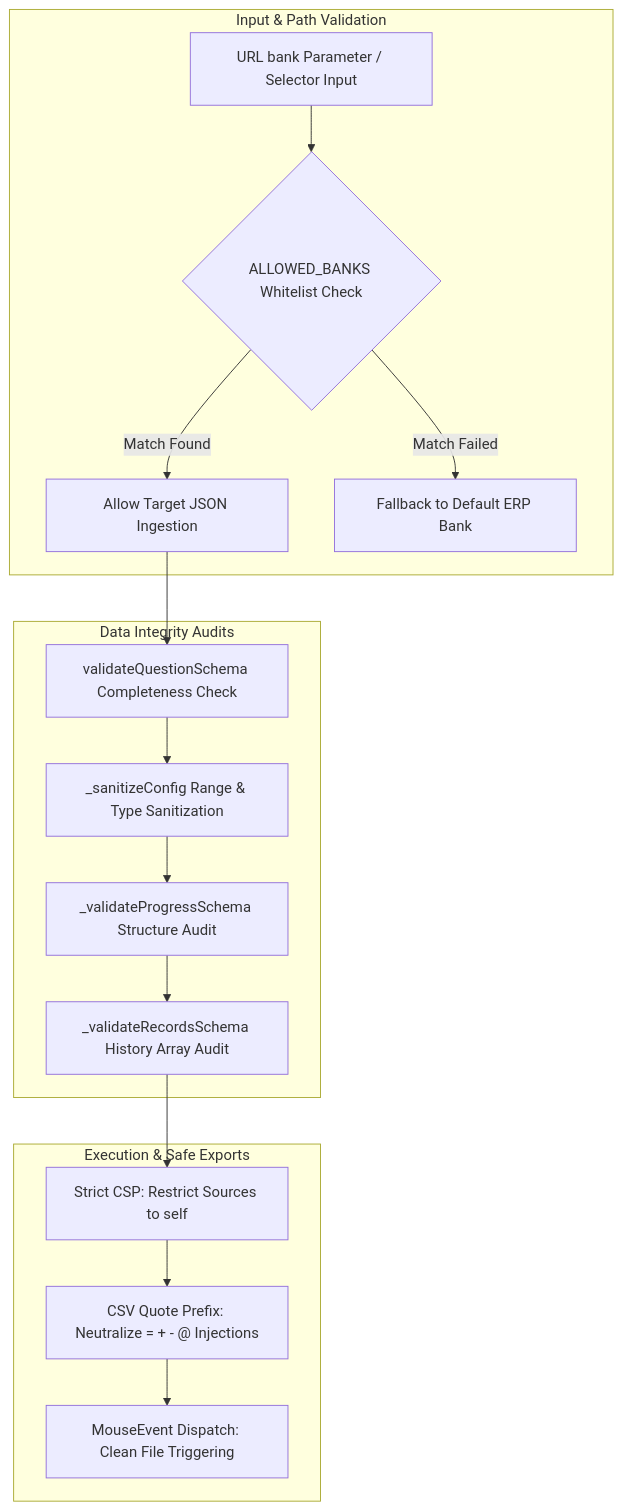
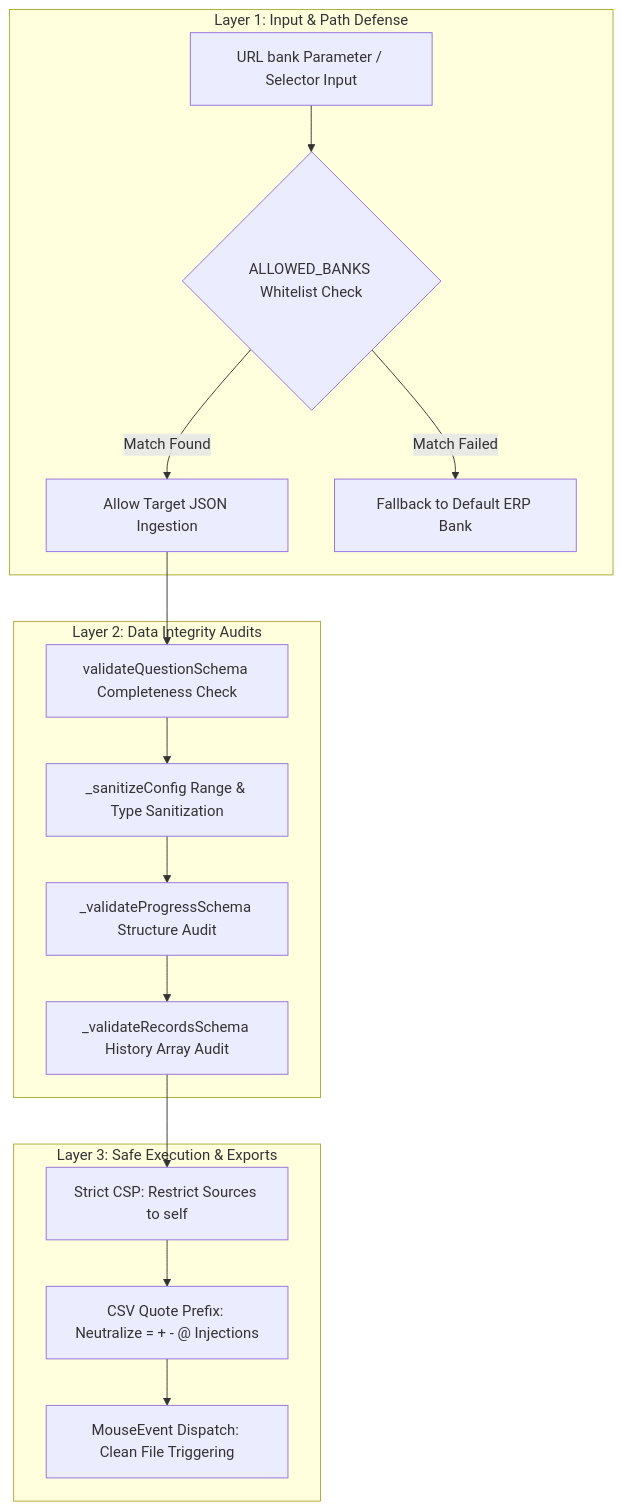
One commit to Scorpio-meow/Examination-System changed the diagram in docs/adr/ADR-001-local-security-validation.en.md. Above: the diagram before and after it, drawn with Mermaid. The commit also changed other lines of this file and 3 other files, not shown here.

````diff
--- a/docs/adr/ADR-001-local-security-validation.en.md
+++ b/docs/adr/ADR-001-local-security-validation.en.md
@@ -21,21 +21,21 @@
 ```mermaid
 flowchart TD
-    subgraph InputValidation [Input & Path Validation]
+    subgraph InputValidation [Layer 1: Input & Path Defense]
         A[URL bank Parameter / Selector Input] --> B{ALLOWED_BANKS Whitelist Check}
         B -- Match Found --> C[Allow Target JSON Ingestion]
         B -- Match Failed --> D[Fallback to Default ERP Bank]
     end
 
-    subgraph SchemaVerification [Data Integrity Audits]
+    subgraph SchemaVerification [Layer 2: Data Integrity Audits]
         C --> E[validateQuestionSchema Completeness Check]
         E --> F[_sanitizeConfig Range & Type Sanitization]
         F --> G[_validateProgressSchema Structure Audit]
         G --> H[_validateRecordsSchema History Array Audit]
     end
 
-    subgraph DefenseExecution [Execution & Safe Exports]
+    subgraph DefenseExecution [Layer 3: Safe Execution & Exports]
         H --> I[Strict CSP: Restrict Sources to self]
         I --> J[CSV Quote Prefix: Neutralize = + - @ Injections]
         J --> K[MouseEvent Dispatch: Clean File Triggering]
     end
 ```
````
